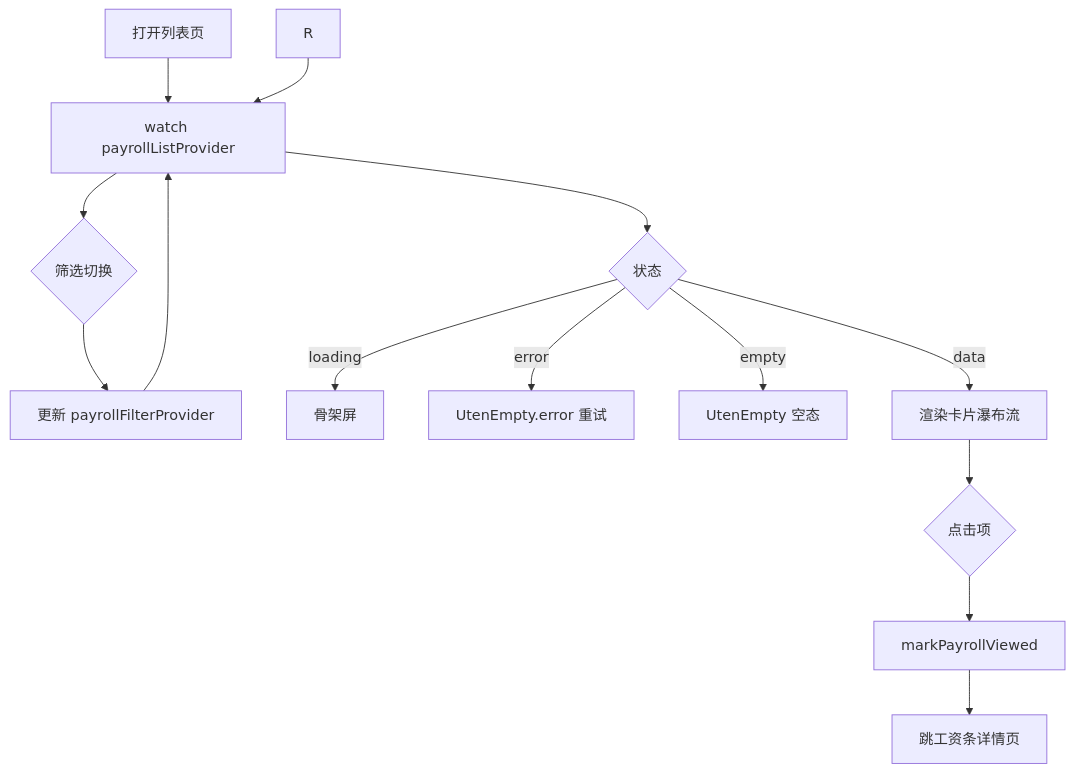
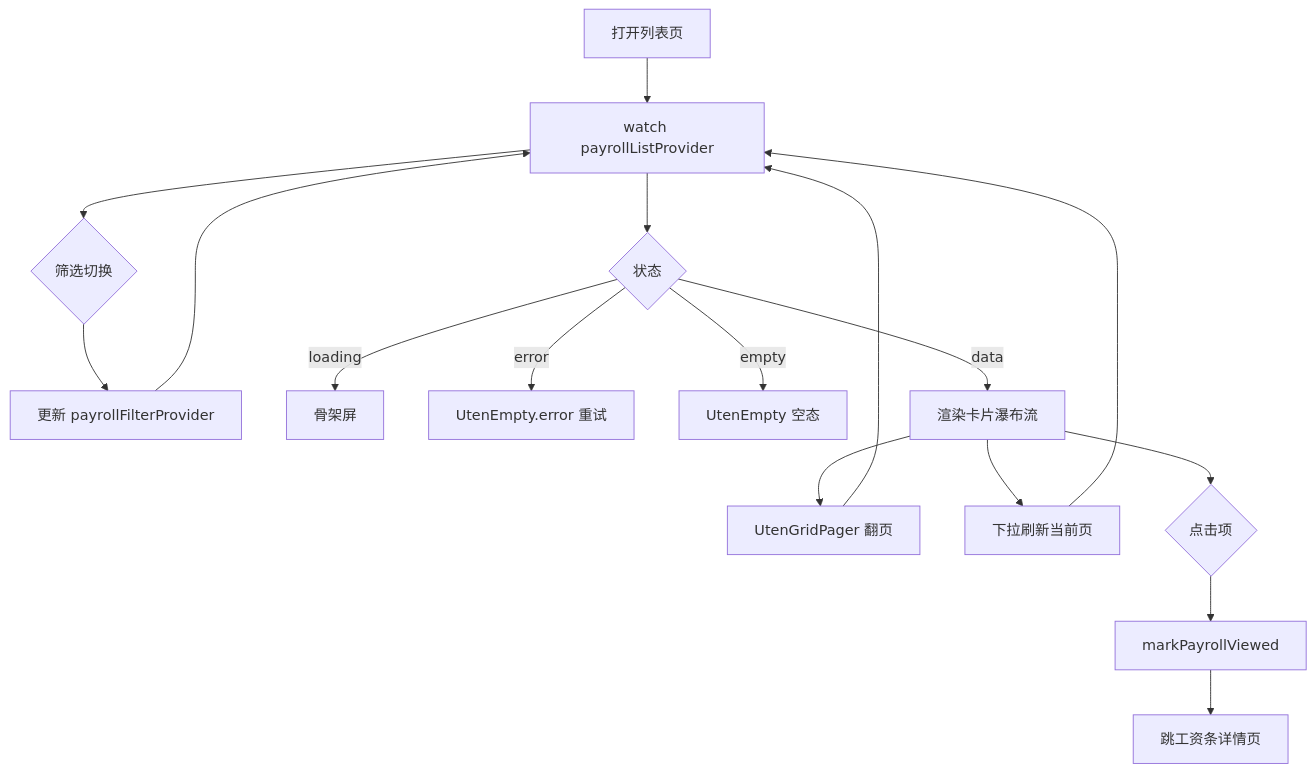
The diagram in docs/03-页面/工资条列表页.md (BruceChu0424/utenelec_imp), drawn with Mermaid before and after one commit. The commit also changed other lines of this file and 1614 other files, not shown here.

````diff
--- a/docs/03-页面/工资条列表页.md
+++ b/docs/03-页面/工资条列表页.md
@@ -97,16 +101,19 @@
 ```mermaid
 flowchart TD
     A[打开列表页] --> W[watch payrollListProvider]
     W --> F{筛选切换}
     F --> FP[更新 payrollFilterProvider]
     FP --> W
     W --> L{状态}
     L -->|loading| SK[骨架屏]
     L -->|error| ER[UtenEmpty.error 重试]
     L -->|empty| EM[UtenEmpty 空态]
     L -->|data| LIST[渲染卡片瀑布流]
+    LIST --> P[UtenGridPager 翻页]
+    P --> W
+    LIST --> R[下拉刷新当前页]
+    R --> W
     LIST --> CLK{点击项}
     CLK --> V[markPayrollViewed]
     V --> D[跳工资条详情页]
-    R --> W
 ```
````
